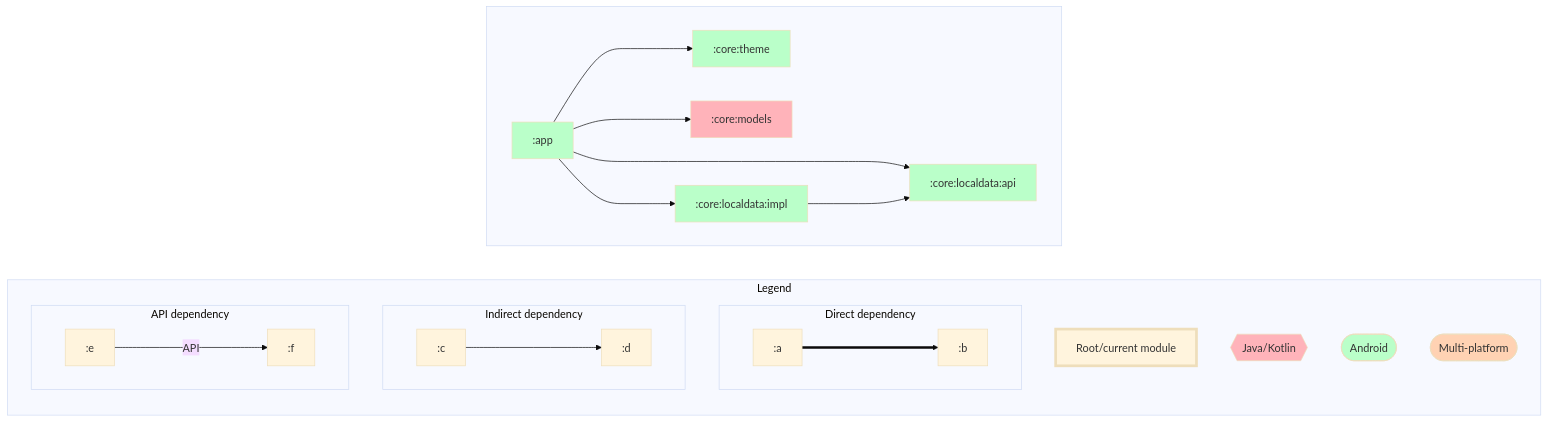
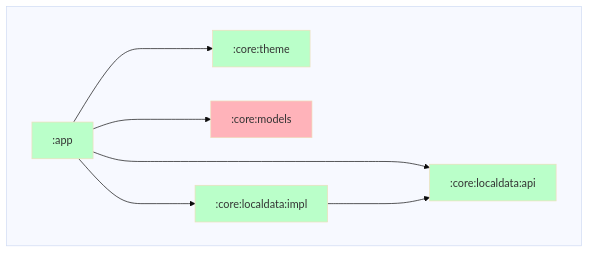
The diagram in dependencyGraph.md (adityabhaskar/Regularly), drawn with Mermaid before and after one commit. The commit also changed 1 other file, not shown here.

Commit message:
Remove legend from dependency graph

````diff
--- a/dependencyGraph.md
+++ b/dependencyGraph.md
@@ -1,50 +1,29 @@
 ```mermaid
 %%{ init: { 'theme': 'base' } }%%
 graph LR;
 
 %% Styling for module nodes by type
 classDef rootNode stroke-width:4px;
 classDef mppNode fill:#ffd2b3,color:#333333;
 classDef andNode fill:#baffc9,color:#333333;
 classDef javaNode fill:#ffb3ba,color:#333333;
-
-%% Graph types
-subgraph Legend
-  direction TB;
-  rootNode[Root/current module]:::rootNode;
-  javaNode{{Java/Kotlin}}:::javaNode;
-  andNode([Android]):::andNode;
-  mppNode([Multi-platform]):::mppNode;
-  subgraph Direct dependency
-    direction LR;
-    :a===>:b
-  end
-  subgraph Indirect dependency
-    direction LR;
-    :c--->:d
-  end
-  subgraph API dependency
-    direction LR;
-    :e--API--->:f
-  end
-end
 
 %% Modules
 subgraph  
   direction LR;
   :app[:app]:::andNode;
   :core:localdata:api[:core:localdata:api]:::andNode;
   :core:localdata:impl[:core:localdata:impl]:::andNode;
   :core:models[:core:models]:::javaNode;
   :core:theme[:core:theme]:::andNode;
 end
 
 %% Dependencies
 :app--->:core:theme
 :app--->:core:models
 :app--->:core:localdata:api
 :app--->:core:localdata:impl
 :core:localdata:impl--->:core:localdata:api
 
 %% Dependents
 ```
````
